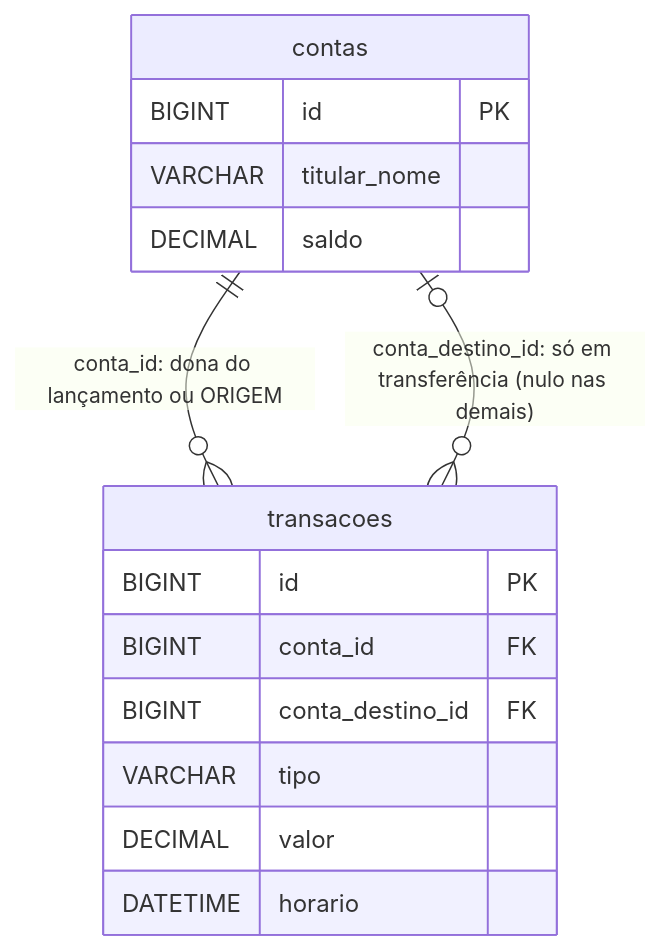
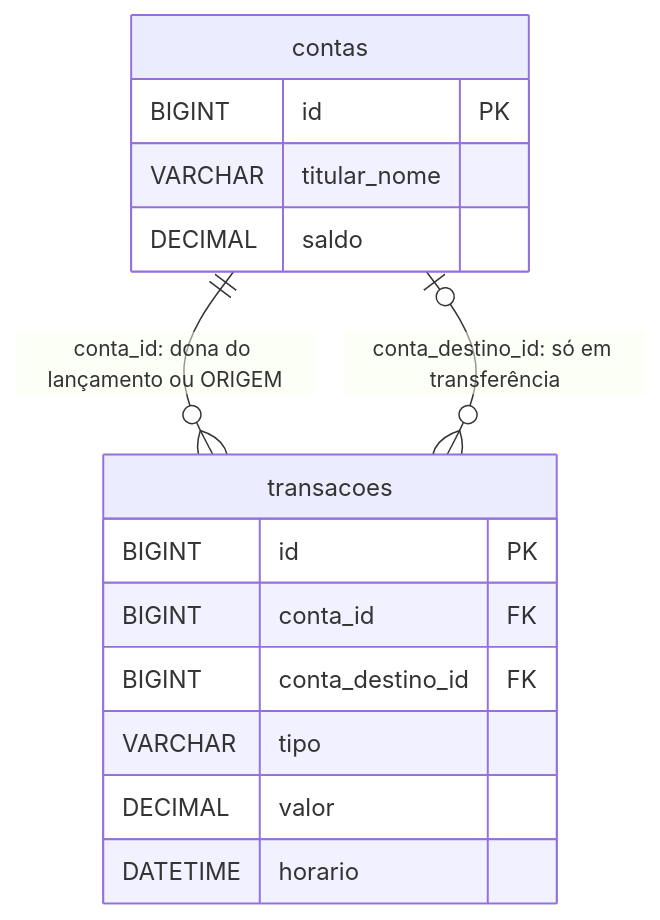
One commit to leonardoschimock/sistema-bancario changed the sixth of 6 diagrams in README.md. Above: the diagram before and after it, drawn with Mermaid. The commit also changed other lines of this file and 18 other files, not shown here.

````diff
--- a/README.md
+++ b/README.md
@@ -434,18 +388,18 @@
 ```mermaid
 erDiagram
     contas {
         BIGINT id PK
         VARCHAR titular_nome
         DECIMAL saldo
     }
     transacoes {
         BIGINT id PK
         BIGINT conta_id FK
         BIGINT conta_destino_id FK
         VARCHAR tipo
         DECIMAL valor
         DATETIME horario
     }
     contas ||--o{ transacoes : "conta_id: dona do lançamento ou ORIGEM"
-    contas |o--o{ transacoes : "conta_destino_id: só em transferência (nulo nas demais)"
+    contas |o--o{ transacoes : "conta_destino_id: só em transferência"
 ```
````
